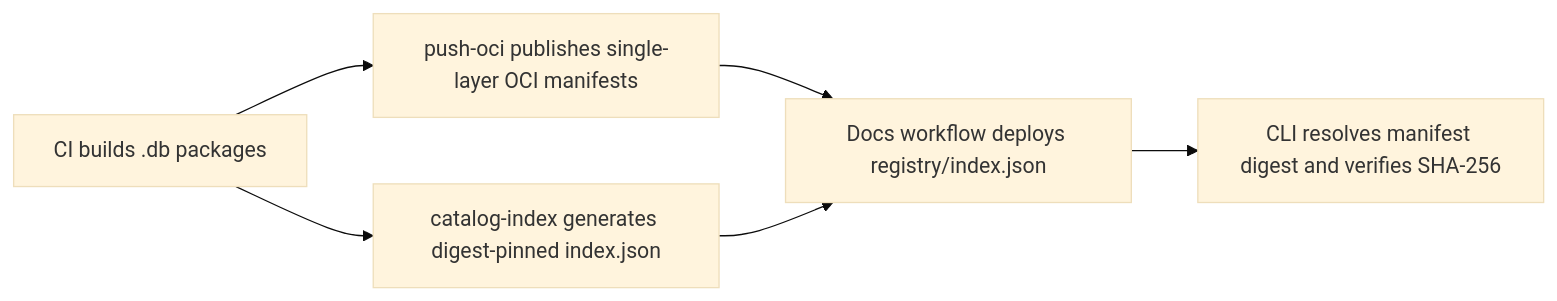
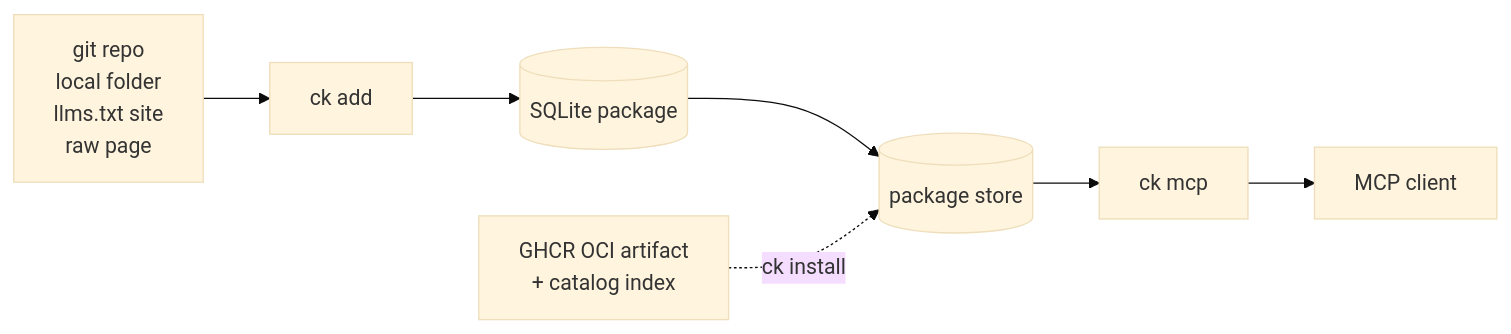
One commit to mehdihadeli/ContextKit changed the diagram in README.md. Above: the diagram before and after it, drawn with Mermaid (base theme). The commit also changed other lines of this file and 204 other files, not shown here.

````diff
--- a/README.md
+++ b/README.md
@@ -758,8 +40,9 @@
 ```mermaid
 flowchart LR
-  build["CI builds .db packages"] --> push["push-oci publishes single-layer OCI manifests"]
-  build --> catalog["catalog-index generates digest-pinned index.json"]
-  push --> pages["Docs workflow deploys registry/index.json"]
-  catalog --> pages
-  pages --> client["CLI resolves manifest digest and verifies SHA-256"]
+  src["git repo<br/>local folder<br/>llms.txt site<br/>raw page"] --> build["ck add"]
+  build --> db[("SQLite package")]
+  db --> store[("package store")]
+  store --> server["ck mcp"]
+  server --> agent["MCP client"]
+  oci["GHCR OCI artifact<br/>+ catalog index"] -.->|ck install| store
 ```
````
